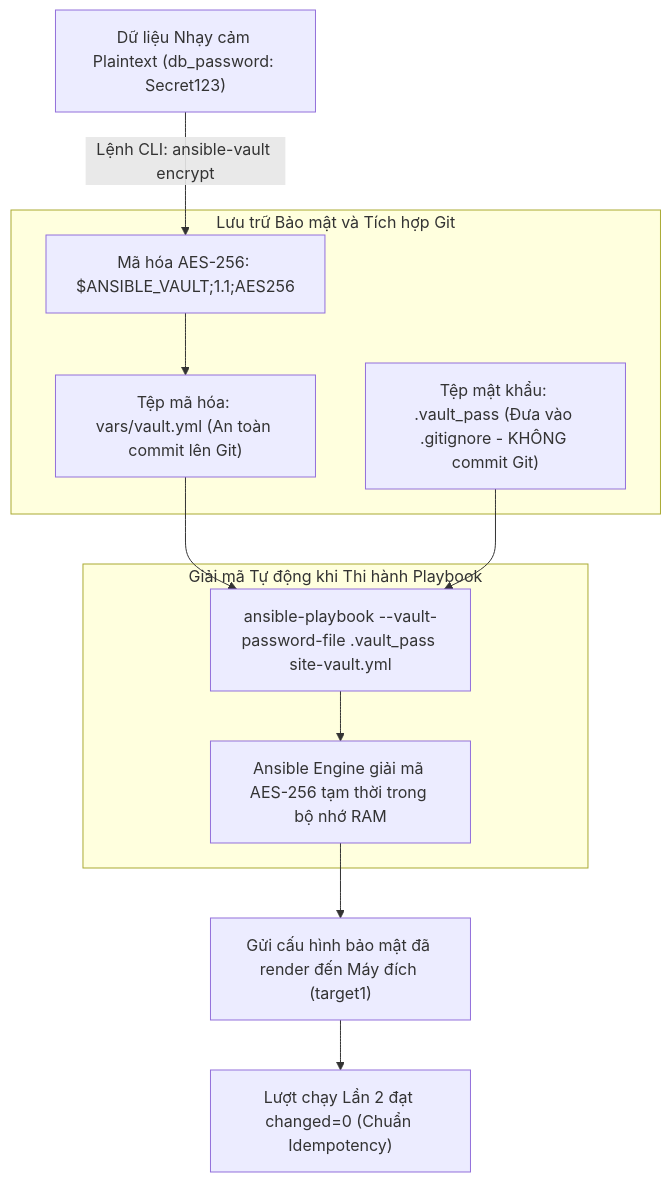
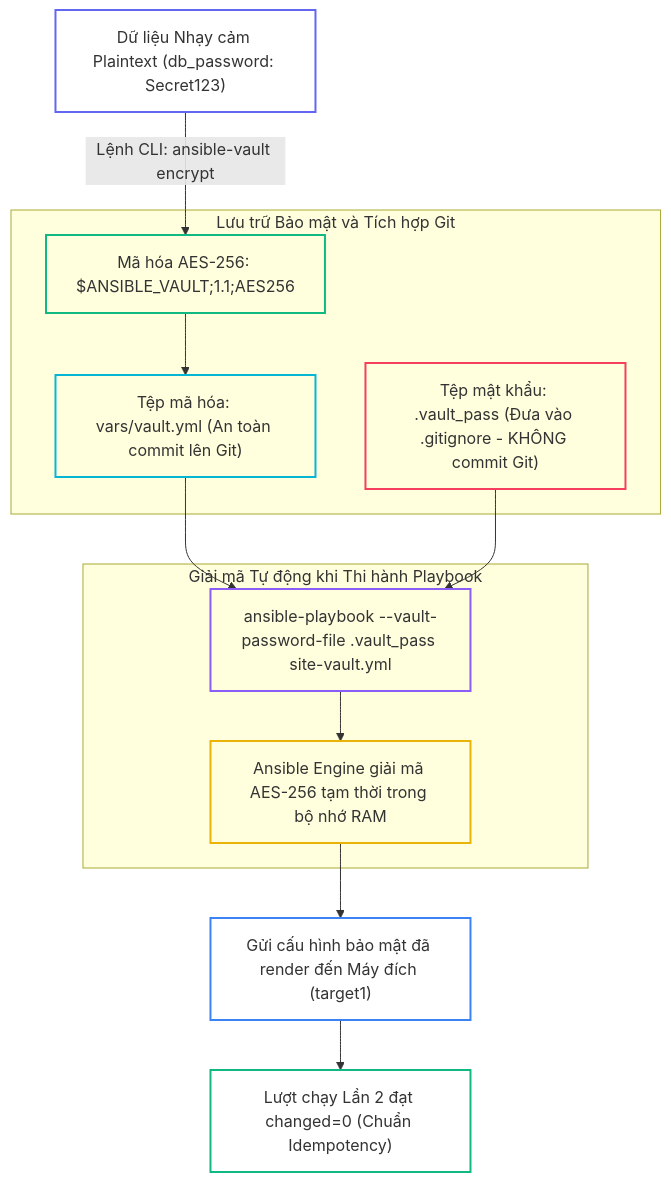
One commit to kiennt308/ntk changed the first of 3 diagrams in _posts/2026-09-13-ansible-20-20-ansible-vault.md. Above: the diagram before and after it, drawn with Mermaid. The commit also changed other lines of this file and 30 other files, not shown here.

````diff
--- a/_posts/2026-09-13-ansible-20-20-ansible-vault.md
+++ b/_posts/2026-09-13-ansible-20-20-ansible-vault.md
@@ -82,18 +82,27 @@
 ```mermaid
 graph TD
     A["Dữ liệu Nhạy cảm Plaintext (db_password: Secret123)"] -->|"Lệnh CLI: ansible-vault encrypt"| B["Mã hóa AES-256: $ANSIBLE_VAULT;1.1;AES256"]
     
     subgraph "Lưu trữ Bảo mật và Tích hợp Git"
         B --> C["Tệp mã hóa: vars/vault.yml (An toàn commit lên Git)"]
         D["Tệp mật khẩu: .vault_pass (Đưa vào .gitignore - KHÔNG commit Git)"]
     end
     
     subgraph "Giải mã Tự động khi Thi hành Playbook"
         C --> E["ansible-playbook --vault-password-file .vault_pass site-vault.yml"]
         D --> E
         E --> F["Ansible Engine giải mã AES-256 tạm thời trong bộ nhớ RAM"]
     end
     
     F --> G["Gửi cấu hình bảo mật đã render đến Máy đích (target1)"]
     G --> H["Lượt chạy Lần 2 đạt changed=0 (Chuẩn Idempotency)"]
+
+    style A fill:none,stroke:#6366f1,stroke-width:2px
+    style B fill:none,stroke:#10b981,stroke-width:2px
+    style C fill:none,stroke:#06b6d4,stroke-width:2px
+    style D fill:none,stroke:#f43f5e,stroke-width:2px
+    style E fill:none,stroke:#8b5cf6,stroke-width:2px
+    style F fill:none,stroke:#eab308,stroke-width:2px
+    style G fill:none,stroke:#3b82f6,stroke-width:2px
+    style H fill:none,stroke:#10b981,stroke-width:2px
 ```
````
